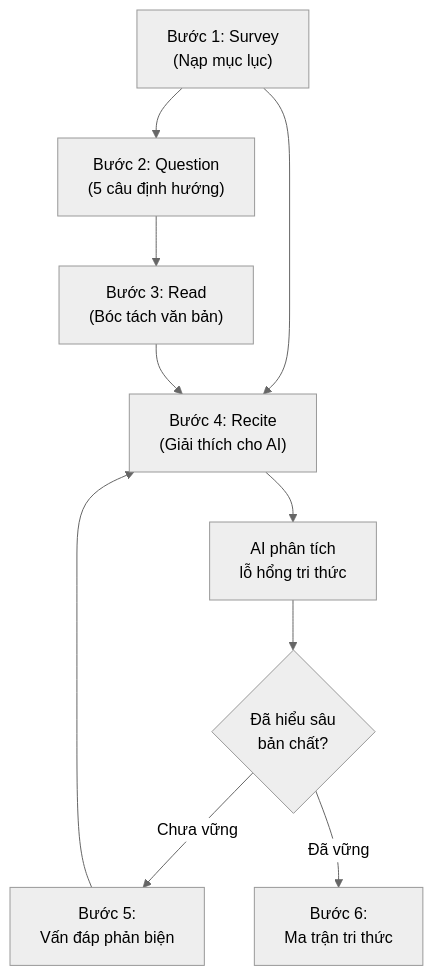
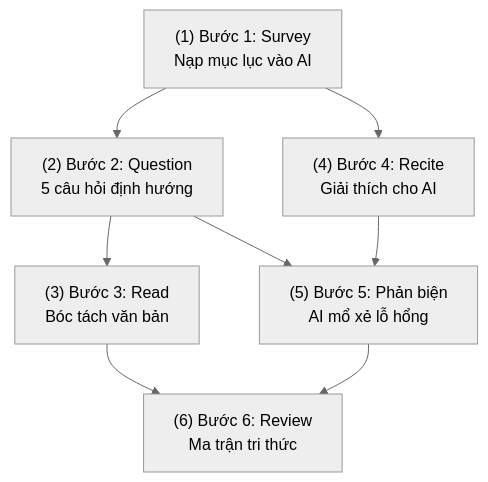
The diagram in content/posts/doc-sach-hoc-thuat-cung-ai.md (nguyengoctin/my_website), drawn with Mermaid (neutral theme) before and after one commit. The commit also changed 34 other files, not shown here.

````diff
--- a/content/posts/doc-sach-hoc-thuat-cung-ai.md
+++ b/content/posts/doc-sach-hoc-thuat-cung-ai.md
@@ -41,20 +41,16 @@
 ```mermaid
 flowchart TD
-    S1["`Bước 1: Survey<br/>(Nạp mục lục)`"]
-    S2["`Bước 2: Question<br/>(5 câu định hướng)`"]
-    S3["`Bước 3: Read<br/>(Bóc tách văn bản)`"]
-    F1["`Bước 4: Recite<br/>(Giải thích cho AI)`"]
-    F2["`AI phân tích<br/>lỗ hổng tri thức`"]
-    F3{"`Đã hiểu sâu<br/>bản chất?`"}
-    F4["`Bước 5:<br/>Vấn đáp phản biện`"]
-    R1["`Bước 6:<br/>Ma trận tri thức`"]
+    S1["(1) Bước 1: Survey<br/>Nạp mục lục vào AI"]
+    S2["(2) Bước 2: Question<br/>5 câu hỏi định hướng"]
+    S3["(3) Bước 3: Read<br/>Bóc tách văn bản"]
+    F1["(4) Bước 4: Recite<br/>Giải thích cho AI"]
+    F2["(5) Bước 5: Phản biện<br/>AI mổ xẻ lỗ hổng"]
+    R1["(6) Bước 6: Review<br/>Ma trận tri thức"]
     S1 --> S2
     S2 --> S3
     S1 --> F1
-    S3 --> F1
+    S2 --> F2
+    S3 --> R1
     F1 --> F2
-    F2 --> F3
-    F3 -->|Chưa vững| F4
-    F4 --> F1
-    F3 -->|Đã vững| R1
+    F2 --> R1
 ```
````
